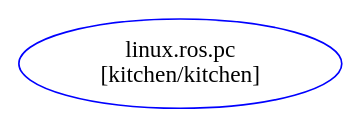
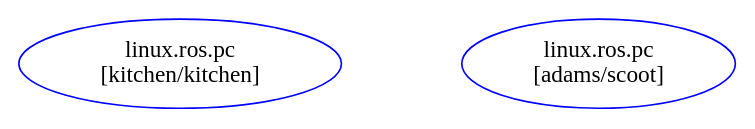
The diagram in turtle_cafe_concert/orchestration/implementation.dot (robotics-in-concert/rocon_demos), drawn with Graphviz before and after one commit. The commit also changed 4 other files, not shown here.

```diff
--- a/turtle_cafe_concert/orchestration/implementation.dot
+++ b/turtle_cafe_concert/orchestration/implementation.dot
@@ -1,30 +1,30 @@
 digraph hierarchy {
 
 	nodesep=1.0 // increases the separation between nodes
 
 	node [color=Red]
 	edge [color=Blue, style=dashed] //setup options
 
     // concert clients
     kitchen [color=blue, shape=ellipse, label="linux.ros.pc\n[kitchen/kitchen]"]
-    // guimul [color=blue, shape=ellipse, label="linux.ros.pc\n[guimul/turtle_stroll]"]
+    adams [color=blue, shape=ellipse, label="linux.ros.pc\n[adams/scoot]"]
     // turtlesim [color=blue, shape=ellipse, label="linux.ros.pc\nturtlesim"]
  
     // topics
     // kobuki_pose [color=red, shape=box, label="pose\n[turtlesim/Pose]"]
     // kobuki_command_velocity [color=red, shape=box, label="command_velocity\n[turtlesim/Velocity]"]
     // guimul_pose [color=red, shape=box, label="pose\n[turtlesim/Pose]"]
     // guimul_command_velocity [color=red, shape=box, label="command_velocity\n[turtlesim/Velocity]"]
     
     // links
 	// {rank = same; kobuki guimul }
 	// kobuki->{ kobuki_command_velocity }
     // guimul->{ guimul_command_velocity }
     // kobuki_command_velocity->turtlesim
     // guimul_command_velocity->turtlesim
     // turtlesim->kobuki_pose
     // turtlesim->guimul_pose
 	// kobuki_pose->kobuki
     // guimul_pose->guimul
 	
 }
```
